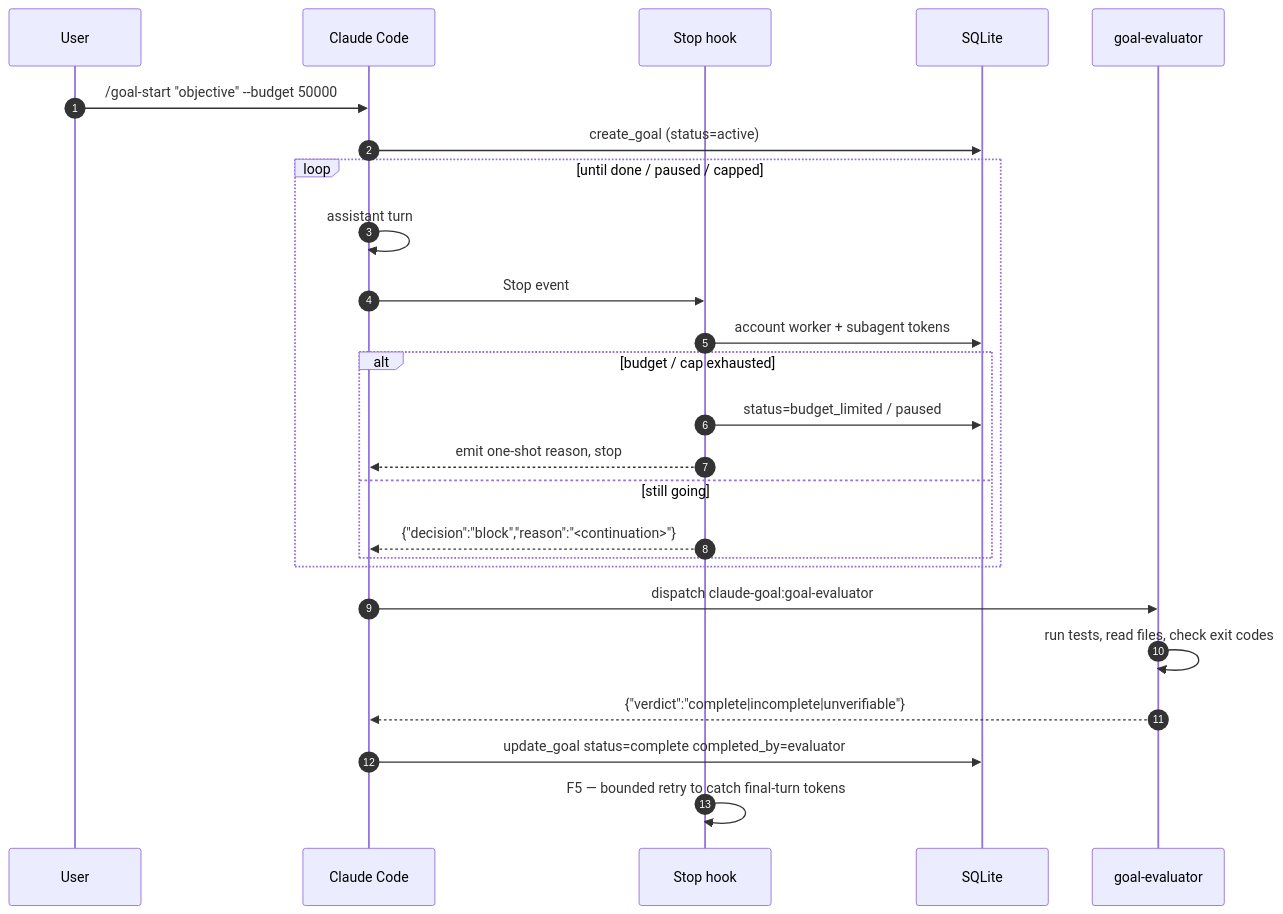
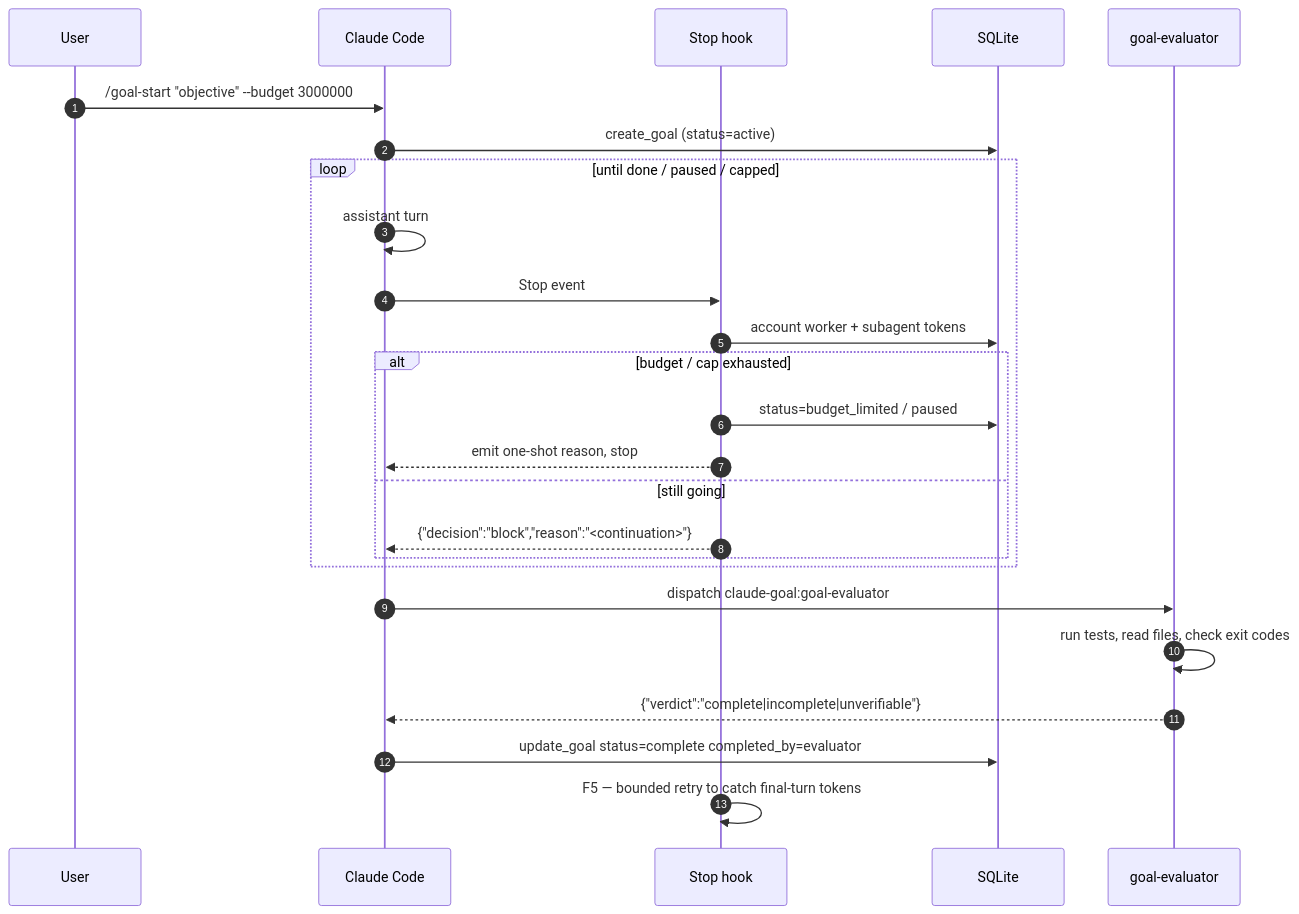
The diagram in docs/src/content/docs/concepts/how-it-works.md (nuko-nova-dynamics/claude-goal), drawn with Mermaid before and after one commit. The commit also changed 4 other files, not shown here.

````diff
--- a/docs/src/content/docs/concepts/how-it-works.md
+++ b/docs/src/content/docs/concepts/how-it-works.md
@@ -12,28 +12,28 @@
 ```mermaid
 sequenceDiagram
     autonumber
     participant U as User
     participant CC as Claude Code
     participant H as Stop hook
     participant DB as SQLite
     participant E as goal-evaluator
 
-    U->>CC: /goal-start "objective" --budget 50000
+    U->>CC: /goal-start "objective" --budget 3000000
     CC->>DB: create_goal (status=active)
     loop until done / paused / capped
         CC->>CC: assistant turn
         CC->>H: Stop event
         H->>DB: account worker + subagent tokens
         alt budget / cap exhausted
             H->>DB: status=budget_limited / paused
             H-->>CC: emit one-shot reason, stop
         else still going
             H-->>CC: {"decision":"block","reason":"<continuation>"}
         end
     end
     CC->>E: dispatch claude-goal:goal-evaluator
     E->>E: run tests, read files, check exit codes
     E-->>CC: {"verdict":"complete|incomplete|unverifiable"}
     CC->>DB: update_goal status=complete completed_by=evaluator
     H->>H: F5 — bounded retry to catch final-turn tokens
 ```
````
